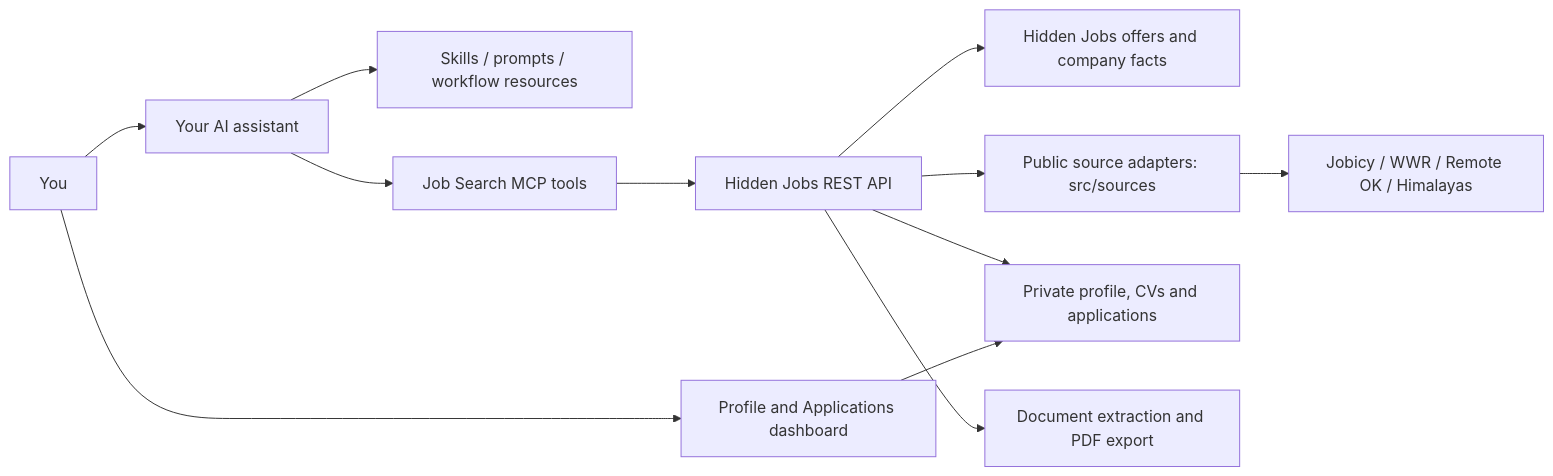
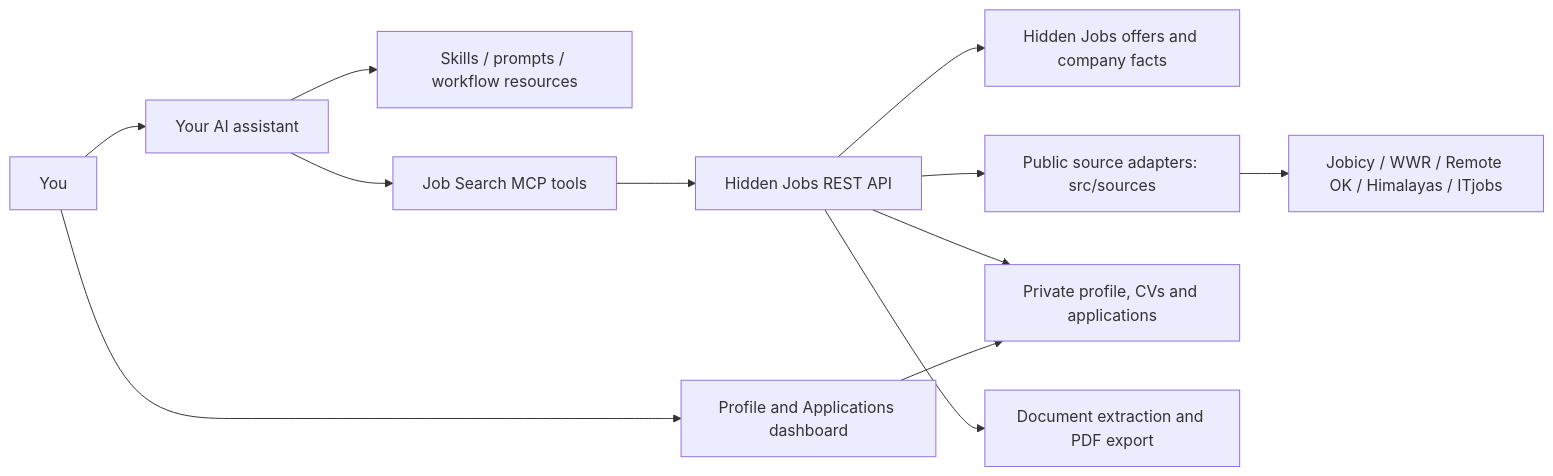
The diagram in docs/architecture.md (hiddenjobs/job-search-mcp), drawn with Mermaid before and after one commit. The commit also changed 28 other files, not shown here.

First line of the commit message:
Add ITjobs to public source adapters and MCP tools (#9)

````diff
--- a/docs/architecture.md
+++ b/docs/architecture.md
@@ -3,14 +3,14 @@
 ```mermaid
 flowchart LR
     User[You] --> Assistant[Your AI assistant]
     Assistant --> Instructions[Skills / prompts / workflow resources]
     Assistant --> MCP[Job Search MCP tools]
     MCP --> REST[Hidden Jobs REST API]
     REST --> Jobs[Hidden Jobs offers and company facts]
     REST --> Adapters[Public source adapters: src/sources]
-    Adapters --> Sources[Jobicy / WWR / Remote OK / Himalayas]
+    Adapters --> Sources[Jobicy / WWR / Remote OK / Himalayas / ITjobs]
     REST --> Career[Private profile, CVs and applications]
     REST --> Files[Document extraction and PDF export]
     User --> Account[Profile and Applications dashboard]
     Account --> Career
 ```
````
